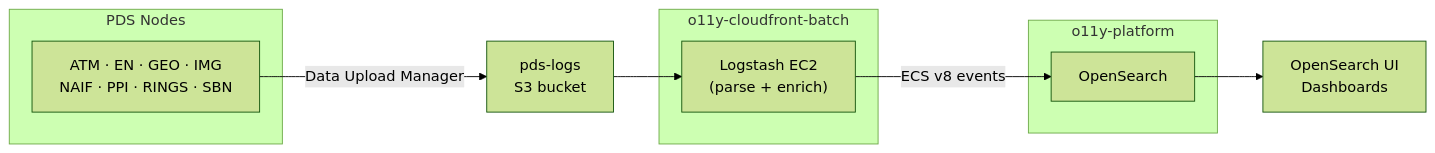
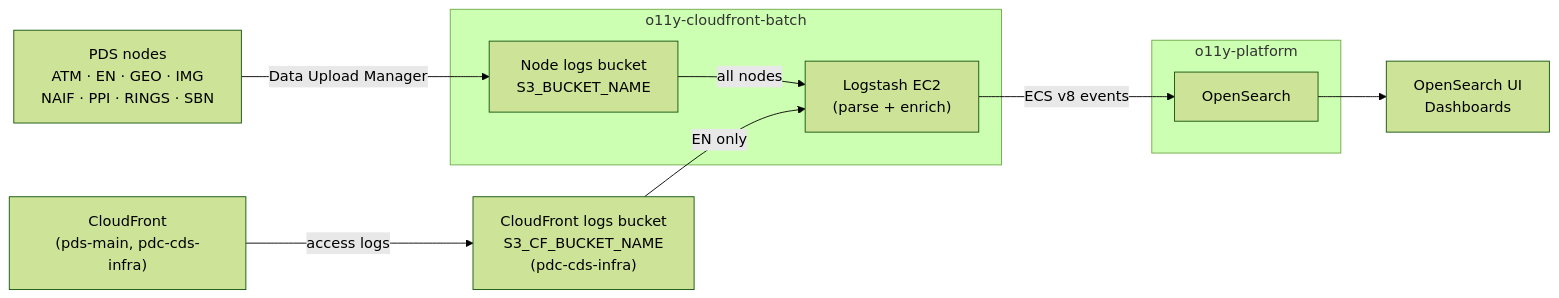
The diagram in README.md (NASA-PDS/o11y-cloudfront-batch), drawn with Mermaid (forest theme) before and after one commit. The commit also changed other lines of this file and 24 other files, not shown here.

````diff
--- a/README.md
+++ b/README.md
@@ -47,23 +16,24 @@
 ```mermaid
 flowchart LR
-    subgraph pds["PDS Nodes"]
-        N["ATM · EN · GEO · IMG\nNAIF · PPI · RINGS · SBN"]
-    end
-
-    S3["pds-logs\nS3 bucket"]
+    N["PDS nodes\nATM · EN · GEO · IMG\nNAIF · PPI · RINGS · SBN"]
+    CF["CloudFront\n(pds-main, pdc-cds-infra)"]
+    CFB["CloudFront logs bucket\nS3_CF_BUCKET_NAME\n(pdc-cds-infra)"]
 
     subgraph wa["o11y-cloudfront-batch"]
+        S3["Node logs bucket\nS3_BUCKET_NAME"]
         LS["Logstash EC2\n(parse + enrich)"]
     end
 
     subgraph obs["o11y-platform"]
         OS["OpenSearch"]
     end
 
     DASH["OpenSearch UI\nDashboards"]
 
     N -->|"Data Upload Manager"| S3
-    S3 --> LS
+    CF -->|"access logs"| CFB
+    S3 -->|"all nodes"| LS
+    CFB -->|"EN only"| LS
     LS -->|"ECS v8 events"| OS
     OS --> DASH
 ```
````
